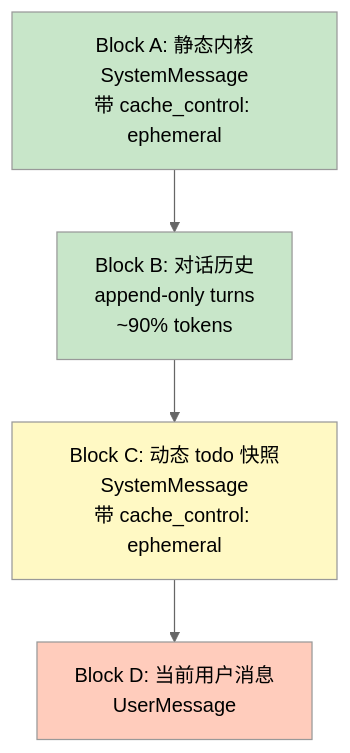
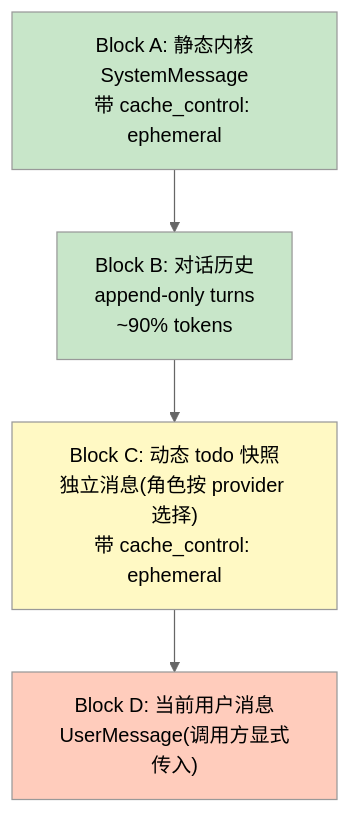
Before and after one commit to tranxon/ACowork: the first of 2 diagrams in docs/adr/zh/ADR-060-prompt-cache-friendly-context-block-reorg.md, drawn with Mermaid (neutral theme). The commit also changed other lines of this file and 20 other files, not shown here.

First line of the commit message:
feat(runtime): ADR-060 prompt-cache-friendly context block reorg

````diff
--- a/docs/adr/zh/ADR-060-prompt-cache-friendly-context-block-reorg.md
+++ b/docs/adr/zh/ADR-060-prompt-cache-friendly-context-block-reorg.md
@@ -211,11 +216,11 @@
 ```mermaid
 graph TD
     A["Block A: 静态内核<br/>SystemMessage<br/>带 cache_control: ephemeral"] --> B["Block B: 对话历史<br/>append-only turns<br/>~90% tokens"]
-    B --> C["Block C: 动态 todo 快照<br/>SystemMessage<br/>带 cache_control: ephemeral"]
-    C --> D["Block D: 当前用户消息<br/>UserMessage"]
+    B --> C["Block C: 动态 todo 快照<br/>独立消息(角色按 provider 选择)<br/>带 cache_control: ephemeral"]
+    C --> D["Block D: 当前用户消息<br/>UserMessage(调用方显式传入)"]
 
     style A fill:#c8e6c9
     style B fill:#c8e6c9
     style C fill:#fff9c4
     style D fill:#ffccbc
 ```
````
